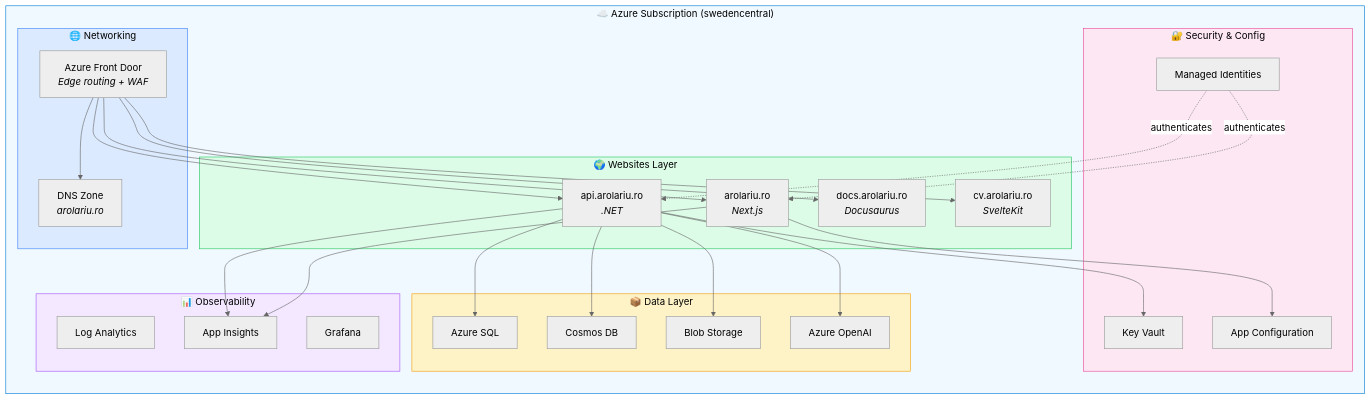
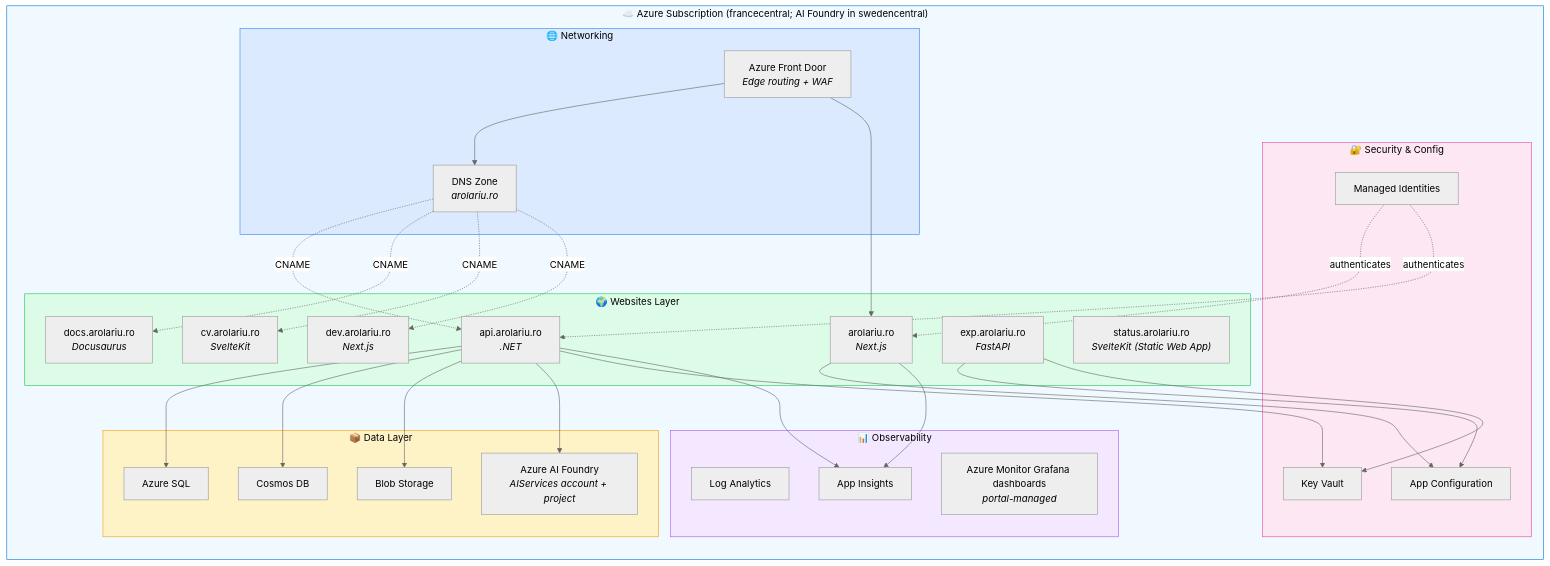
Before and after one commit to arolariu/arolariu.ro: the third of 4 diagrams in README.md, drawn with Mermaid (neutral theme). The commit also changed other lines of this file and 5 other files, not shown here.

````diff
--- a/README.md
+++ b/README.md
@@ -780,60 +791,66 @@
 ```mermaid
 graph TB
-    subgraph SUB["☁️ Azure Subscription (swedencentral)"]
+    subgraph SUB["☁️ Azure Subscription (francecentral; AI Foundry in swedencentral)"]
         direction TB
 
         subgraph NET["🌐 Networking"]
             AFD["Azure Front Door<br/><i>Edge routing + WAF</i>"]
             DNS["DNS Zone<br/><i>arolariu.ro</i>"]
         end
 
         subgraph WEB["🌍 Websites Layer"]
             S1["arolariu.ro<br/><i>Next.js</i>"]
+            S5["dev.arolariu.ro<br/><i>Next.js</i>"]
             S2["api.arolariu.ro<br/><i>.NET</i>"]
             S3["docs.arolariu.ro<br/><i>Docusaurus</i>"]
             S4["cv.arolariu.ro<br/><i>SvelteKit</i>"]
+            S6["exp.arolariu.ro<br/><i>FastAPI</i>"]
+            S7["status.arolariu.ro<br/><i>SvelteKit (Static Web App)</i>"]
         end
 
         subgraph DAT["📦 Data Layer"]
             SQL["Azure SQL"]
             CDB["Cosmos DB"]
             BLB["Blob Storage"]
-            OAI["Azure OpenAI"]
+            OAI["Azure AI Foundry<br/><i>AIServices account + project</i>"]
         end
 
         subgraph SEC["🔐 Security & Config"]
             KV["Key Vault"]
             AC["App Configuration"]
             MI["Managed Identities"]
         end
 
         subgraph MON["📊 Observability"]
             LA["Log Analytics"]
             AI["App Insights"]
-            GR["Grafana"]
+            GR["Azure Monitor Grafana dashboards<br/><i>portal-managed</i>"]
         end
     end
 
     AFD --> DNS
     AFD --> S1
-    AFD --> S2
-    AFD --> S3
-    AFD --> S4
+    DNS -.->|CNAME| S2
+    DNS -.->|CNAME| S3
+    DNS -.->|CNAME| S4
+    DNS -.->|CNAME| S5
     S2 --> SQL
     S2 --> CDB
     S2 --> BLB
     S2 --> OAI
     S2 --> KV
     S1 --> AC
+    S6 --> AC
+    S6 --> KV
     S1 --> AI
     S2 --> AI
     MI -.->|authenticates| S1
     MI -.->|authenticates| S2
 
     style SUB fill:#f0f9ff,stroke:#0078d4,color:#000
     style NET fill:#dbeafe,stroke:#3b82f6,color:#000
     style WEB fill:#dcfce7,stroke:#22c55e,color:#000
     style DAT fill:#fef3c7,stroke:#f59e0b,color:#000
     style SEC fill:#fce7f3,stroke:#ec4899,color:#000
     style MON fill:#f3e8ff,stroke:#a855f7,color:#000
 ```
````
